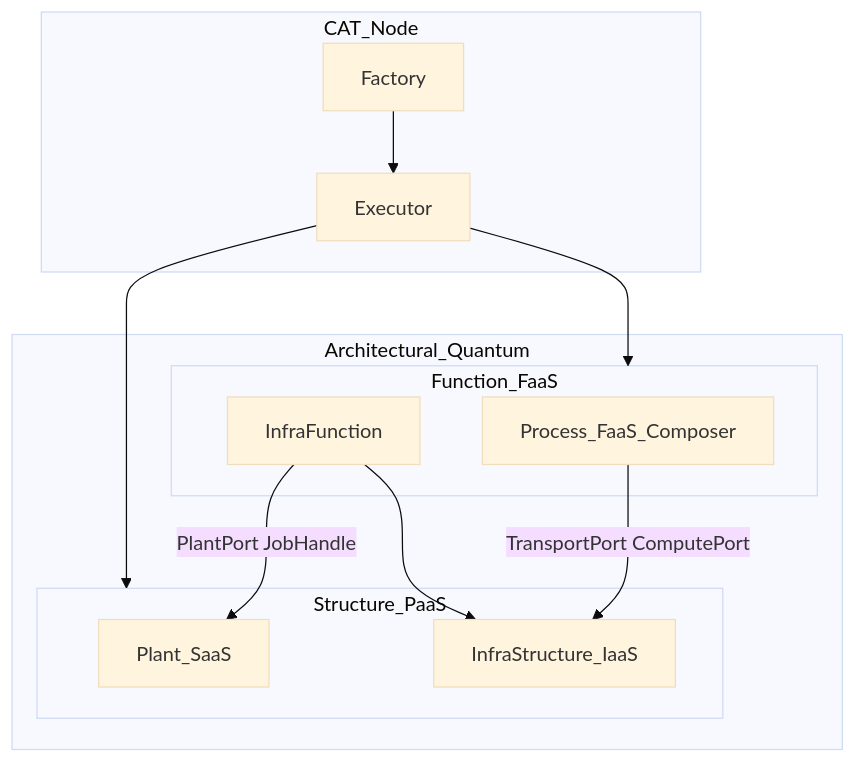
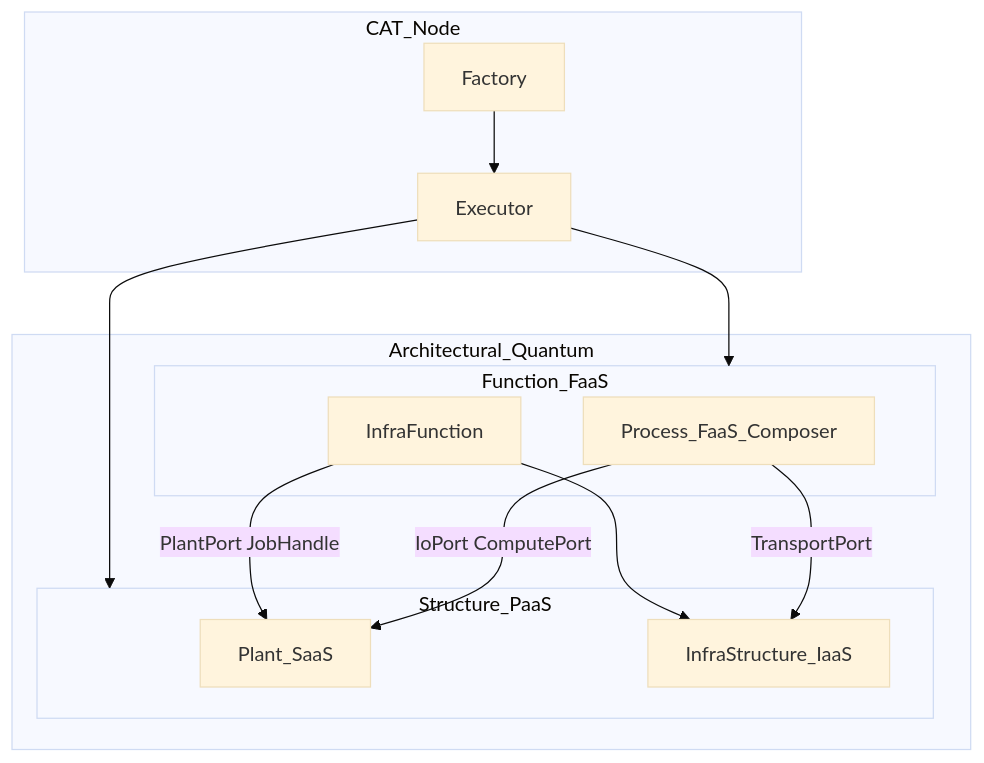
Before and after one commit to DynamicalSystemsGroup/cats: the diagram in docs/INTEROP.md, drawn with Mermaid (base theme). The commit also changed other lines of this file and 2 other files, not shown here.

First line of the commit message:
Document IoPort and partition CAR layout

````diff
--- a/docs/INTEROP.md
+++ b/docs/INTEROP.md
@@ -20,23 +20,24 @@
 ```mermaid
 flowchart TB
   subgraph node [CAT_Node]
     Factory[Factory]
     Executor[Executor]
   end
   subgraph aq [Architectural_Quantum]
     subgraph function [Function_FaaS]
       Process[Process_FaaS_Composer]
       InfraFn[InfraFunction]
     end
     subgraph structure [Structure_PaaS]
       Plant[Plant_SaaS]
       Infra[InfraStructure_IaaS]
     end
   end
   Factory --> Executor
   Executor --> function
   Executor --> structure
-  Process -->|"TransportPort ComputePort"| Infra
+  Process -->|"TransportPort"| Infra
+  Process -->|"IoPort ComputePort"| Plant
   InfraFn -->|"PlantPort JobHandle"| Plant
   InfraFn --> Infra
 ```
````
